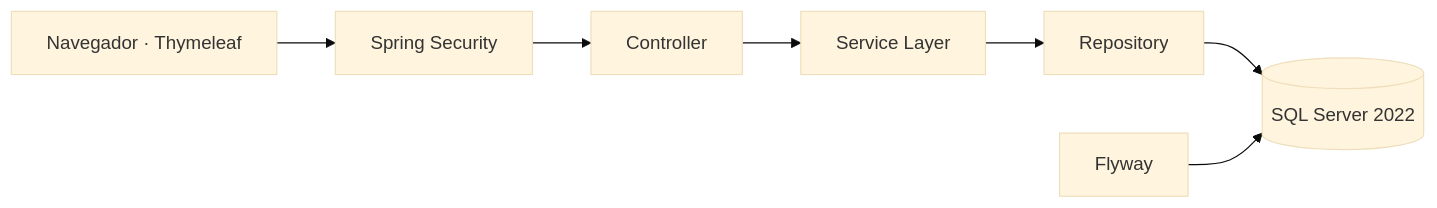
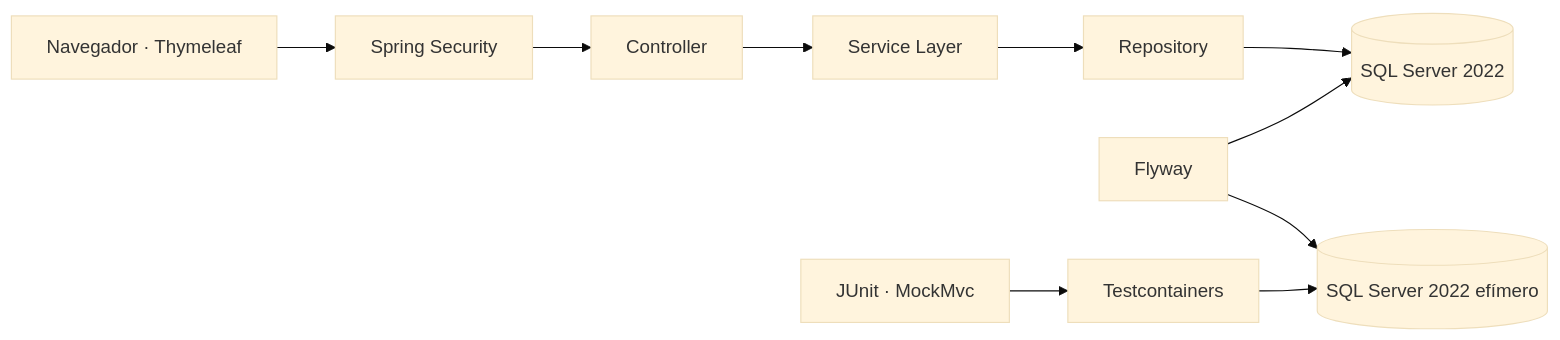
The diagram in README.md (Jairo0811/Eventix), drawn with Mermaid (base theme) before and after one commit. The commit also changed other lines of this file, not shown here.

Commit message:
docs: update README for SQL Server Testcontainers setup

````diff
--- a/README.md
+++ b/README.md
@@ -174,9 +181,12 @@
 ```mermaid
 flowchart LR
     Browser["Navegador · Thymeleaf"] --> Security["Spring Security"]
     Security --> Controller["Controller"]
     Controller --> Service["Service Layer"]
     Service --> Repository["Repository"]
     Repository --> Database[(SQL Server 2022)]
     Flyway["Flyway"] --> Database
+    Tests["JUnit · MockMvc"] --> Container["Testcontainers"]
+    Container --> TestDatabase[(SQL Server 2022 efímero)]
+    Flyway --> TestDatabase
 ```
````
